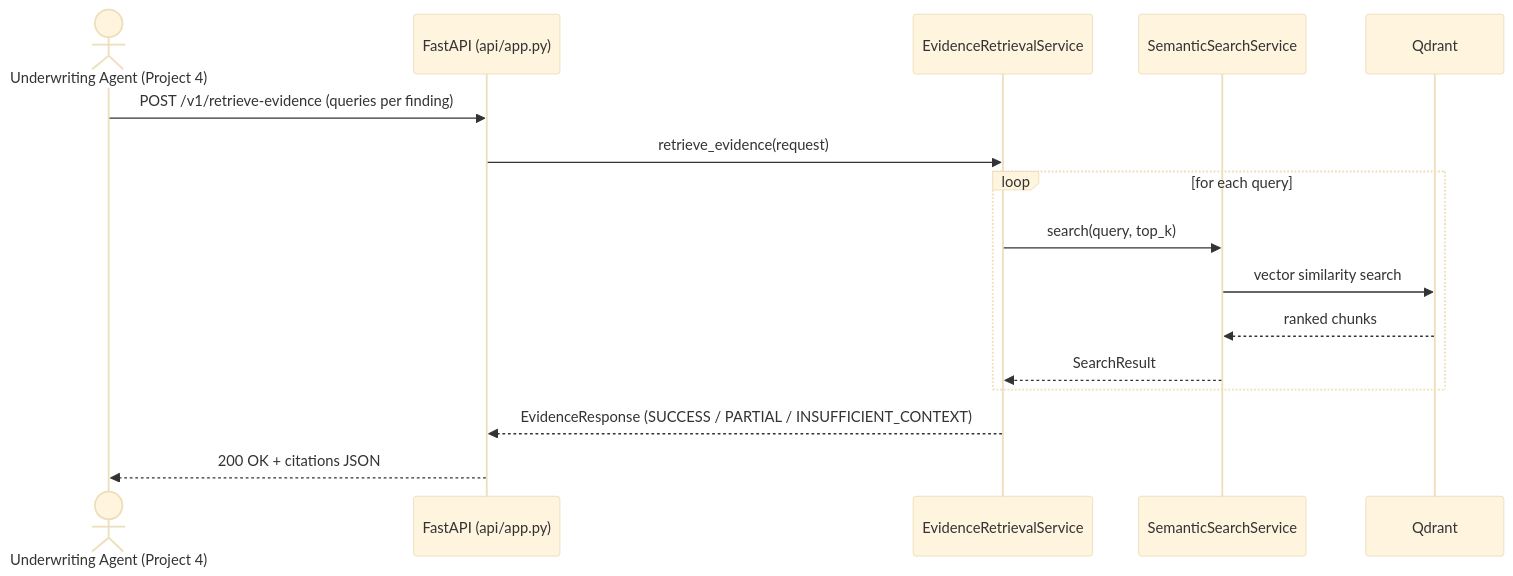
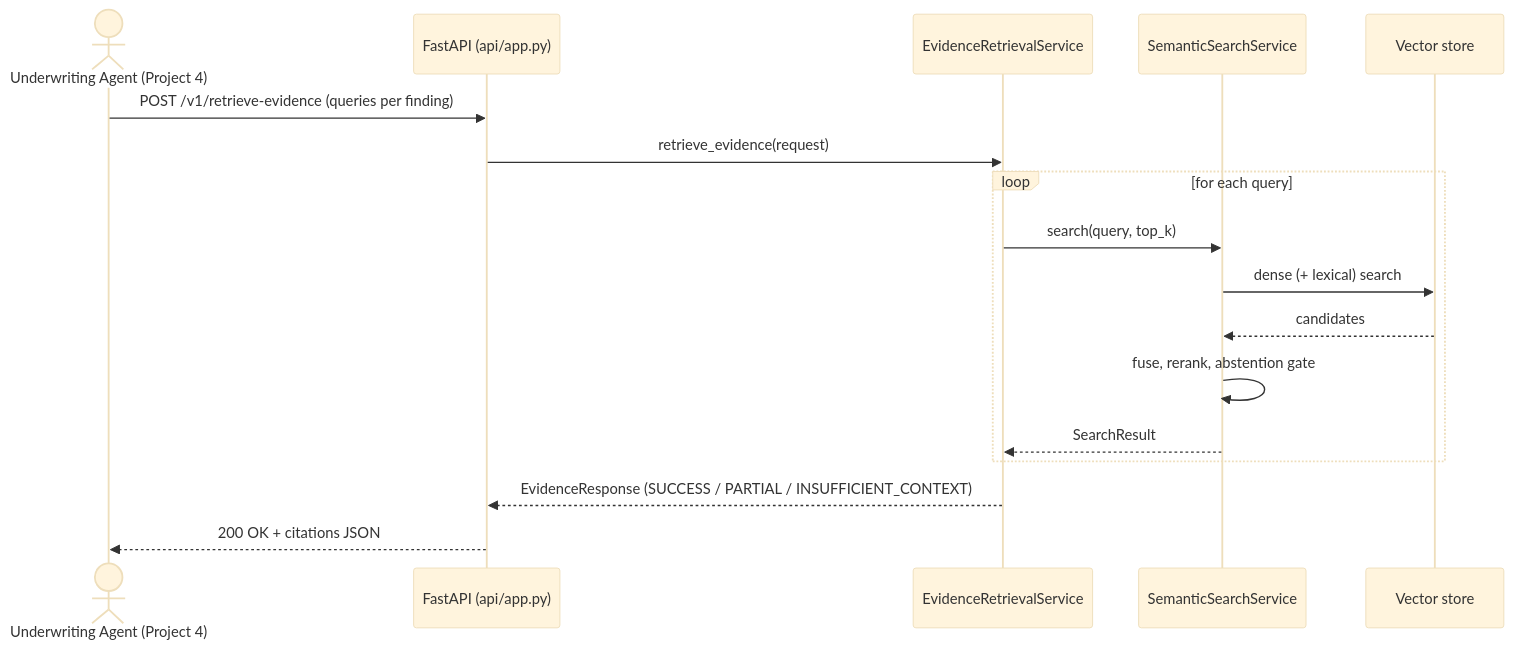
Before and after one commit to Kwame-K/insurance-rag-assistant: the third of 3 diagrams in docs/architecture/system-architecture.md, drawn with Mermaid (base theme). The commit also changed other lines of this file and 36 other files, not shown here.

````diff
--- a/docs/architecture/system-architecture.md
+++ b/docs/architecture/system-architecture.md
@@ -116,19 +158,20 @@
 ```mermaid
 sequenceDiagram
     actor Client as Underwriting Agent (Project 4)
     participant API as FastAPI (api/app.py)
     participant Service as EvidenceRetrievalService
     participant Retriever as SemanticSearchService
-    participant Qdrant
+    participant Store as Vector store
 
     Client->>API: POST /v1/retrieve-evidence (queries per finding)
     API->>Service: retrieve_evidence(request)
     loop for each query
         Service->>Retriever: search(query, top_k)
-        Retriever->>Qdrant: vector similarity search
-        Qdrant-->>Retriever: ranked chunks
+        Retriever->>Store: dense (+ lexical) search
+        Store-->>Retriever: candidates
+        Retriever->>Retriever: fuse, rerank, abstention gate
         Retriever-->>Service: SearchResult
     end
     Service-->>API: EvidenceResponse (SUCCESS / PARTIAL / INSUFFICIENT_CONTEXT)
     API-->>Client: 200 OK + citations JSON
 ```
````
